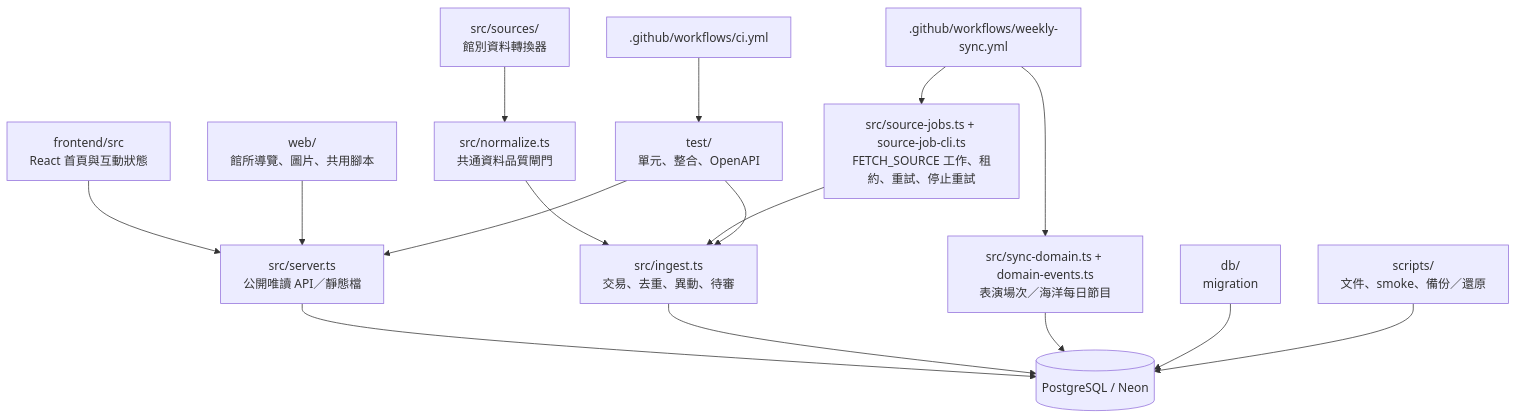
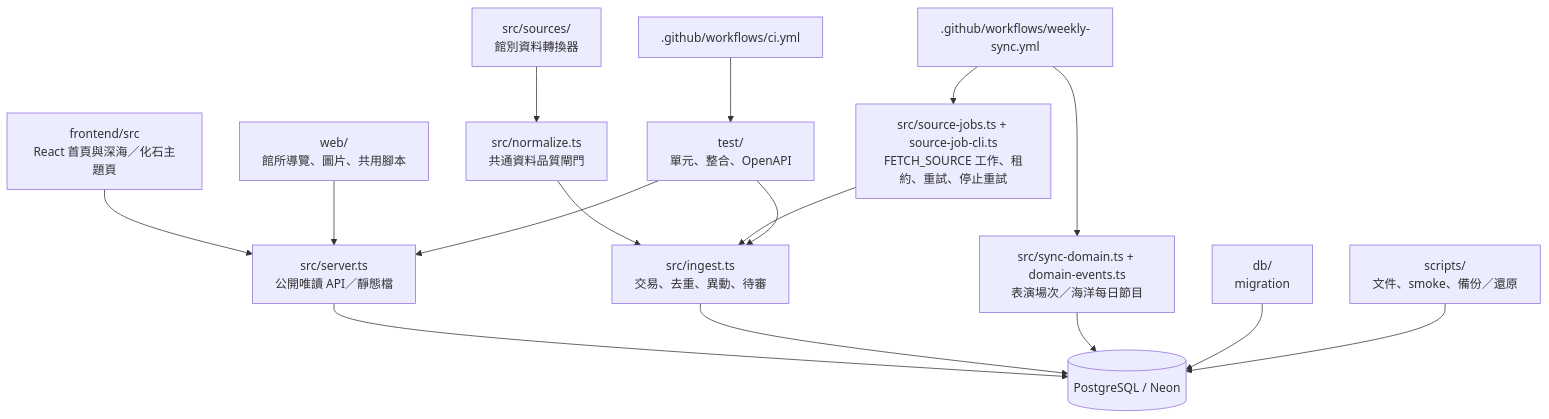
The first of 3 diagrams in docs/architecture.md (AndyLinStrongtyping/event-radar), drawn with Mermaid before and after one commit. The commit also changed other lines of this file and 19 other files, not shown here.

````diff
--- a/docs/architecture.md
+++ b/docs/architecture.md
@@ -27,18 +29,18 @@
 ```mermaid
 flowchart TB
-  F[frontend/src<br/>React 首頁與互動狀態] --> S[src/server.ts<br/>公開唯讀 API／靜態檔]
+  F[frontend/src<br/>React 首頁與深海／化石主題頁] --> S[src/server.ts<br/>公開唯讀 API／靜態檔]
   W[web/<br/>館所導覽、圖片、共用腳本] --> S
   S --> P[(PostgreSQL / Neon)]
   A[src/sources/<br/>館別資料轉換器] --> N[src/normalize.ts<br/>共通資料品質閘門]
   N --> I[src/ingest.ts<br/>交易、去重、異動、待審]
   I --> P
   D[src/sync-domain.ts + domain-events.ts<br/>表演場次／海洋每日節目] --> P
   J[src/source-jobs.ts + source-job-cli.ts<br/>FETCH_SOURCE 工作、租約、重試、停止重試] --> I
   M[db/<br/>migration] --> P
   T[test/<br/>單元、整合、OpenAPI] --> I
   T --> S
   C[.github/workflows/ci.yml] --> T
   Q[.github/workflows/weekly-sync.yml] --> J
   Q --> D
   O[scripts/<br/>文件、smoke、備份／還原] --> P
 ```
````
